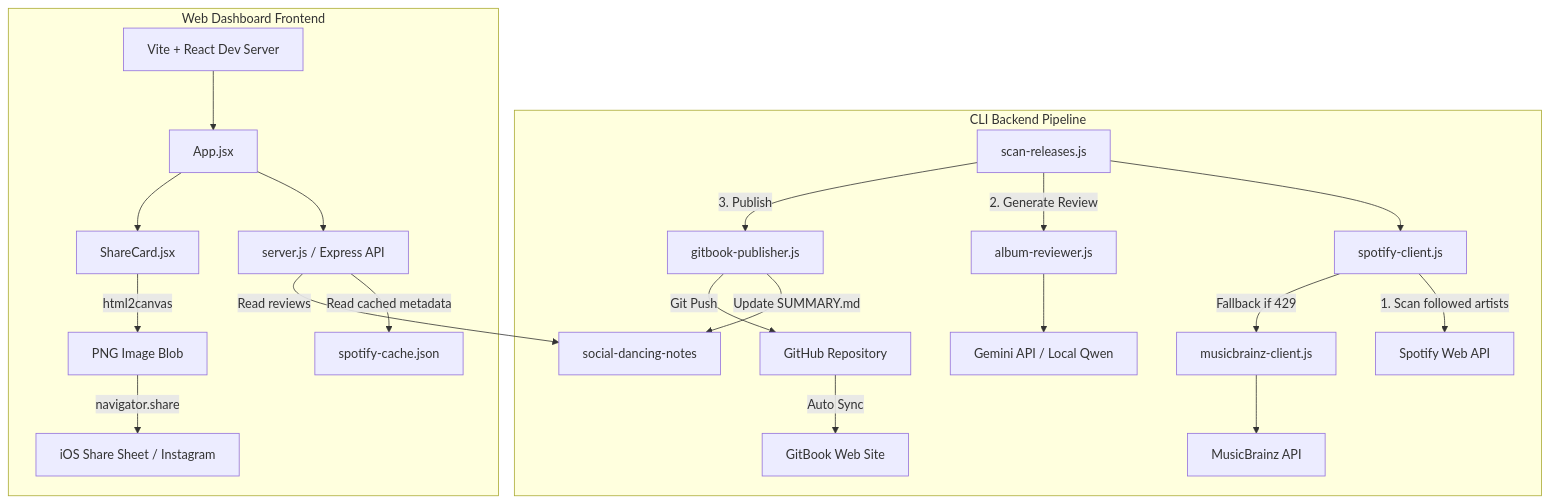
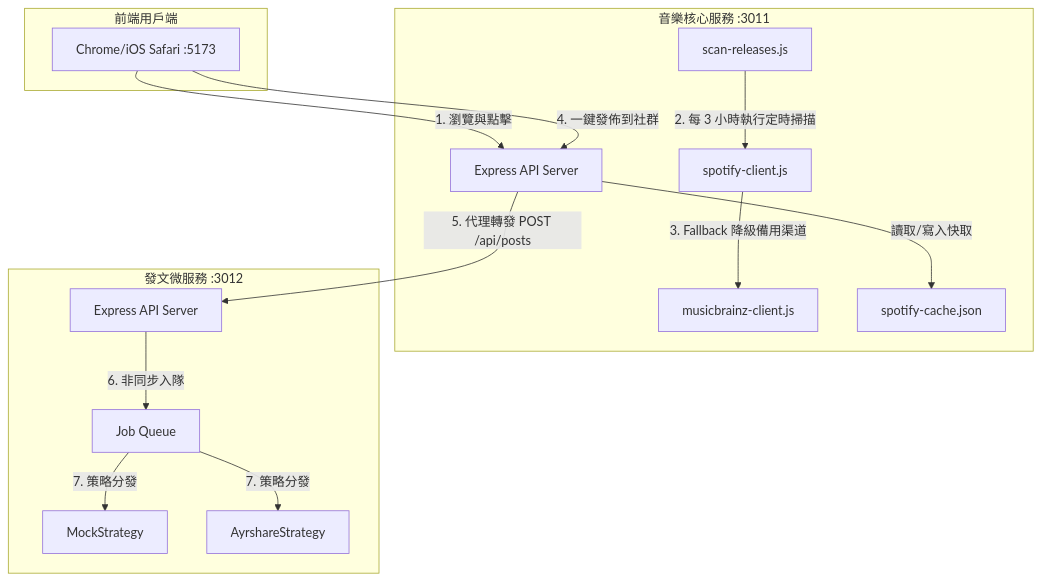
The first of 2 diagrams in README.md (sunpochin/music-release-agent), drawn with Mermaid before and after one commit. The commit also changed other lines of this file and 6 other files, not shown here.

````diff
--- a/README.md
+++ b/README.md
@@ -46,24 +52,32 @@
 ```mermaid
 graph TD
-    subgraph CLI Backend Pipeline
-        SR[scan-releases.js] --> SC[spotify-client.js]
-        SC -->|1. Scan followed artists| SpotifyAPI[Spotify Web API]
-        SC -->|Fallback if 429| MB[musicbrainz-client.js]
-        MB --> MusicBrainzAPI[MusicBrainz API]
-        SR -->|2. Generate Review| AR[album-reviewer.js]
-        AR --> Gemini[Gemini API / Local Qwen]
-        SR -->|3. Publish| GP[gitbook-publisher.js]
-        GP -->|Update SUMMARY.md| GitBookFolder[social-dancing-notes]
-        GP -->|Git Push| GitHub[GitHub Repository]
-        GitHub -->|Auto Sync| GitBookSite[GitBook Web Site]
+    subgraph Client [前端用戶端]
+        Browser[Chrome/iOS Safari :5173]
     end
-    subgraph Web Dashboard Frontend
-        Vite[Vite + React Dev Server] --> App[App.jsx]
-        App --> API[server.js / Express API]
-        API -->|Read cached metadata| Cache[spotify-cache.json]
-        API -->|Read reviews| GitBookFolder
-        App --> ShareCard[ShareCard.jsx]
-        ShareCard -->|html2canvas| Blob[PNG Image Blob]
-        Blob -->|navigator.share| MobileShare[iOS Share Sheet / Instagram]
+
+    subgraph music-release-agent [音樂核心服務 :3011]
+        Server[Express API Server]
+        Scanner[scan-releases.js]
+        MBClient[musicbrainz-client.js]
+        SpotifyClient[spotify-client.js]
+        Cache[spotify-cache.json]
     end
+
+    subgraph social-post-service [發文微服務 :3012]
+        SocialServer[Express API Server]
+        Queue[Job Queue]
+        MockStrategy[MockStrategy]
+        AyrshareStrategy[AyrshareStrategy]
+    end
+
+    Browser -->|1. 瀏覽與點擊| Server
+    Server -->|讀取/寫入快取| Cache
+    Scanner -->|2. 每 3 小時執行定時掃描| SpotifyClient
+    SpotifyClient -->|3. Fallback 降級備用渠道| MBClient
+    
+    Browser -->|4. 一鍵發佈到社群| Server
+    Server -->|5. 代理轉發 POST /api/posts| SocialServer
+    SocialServer -->|6. 非同步入隊| Queue
+    Queue -->|7. 策略分發| MockStrategy
+    Queue -->|7. 策略分發| AyrshareStrategy
 ```
````
